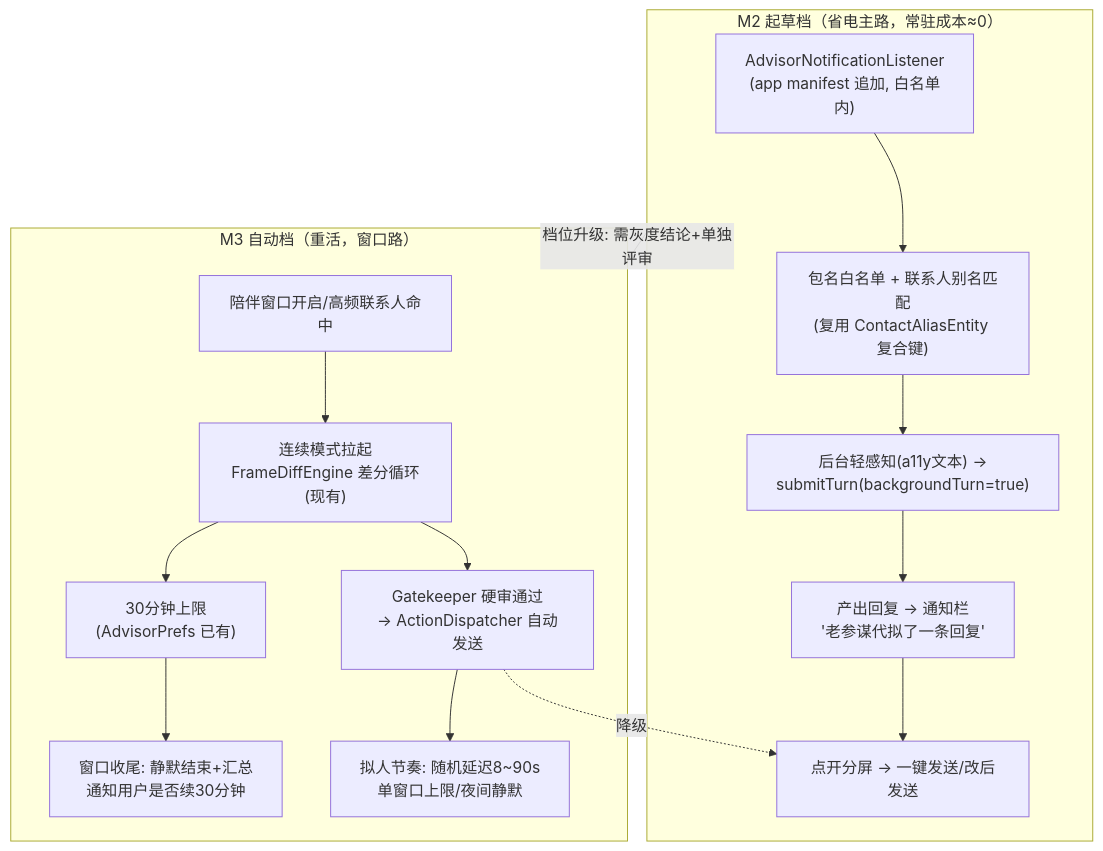
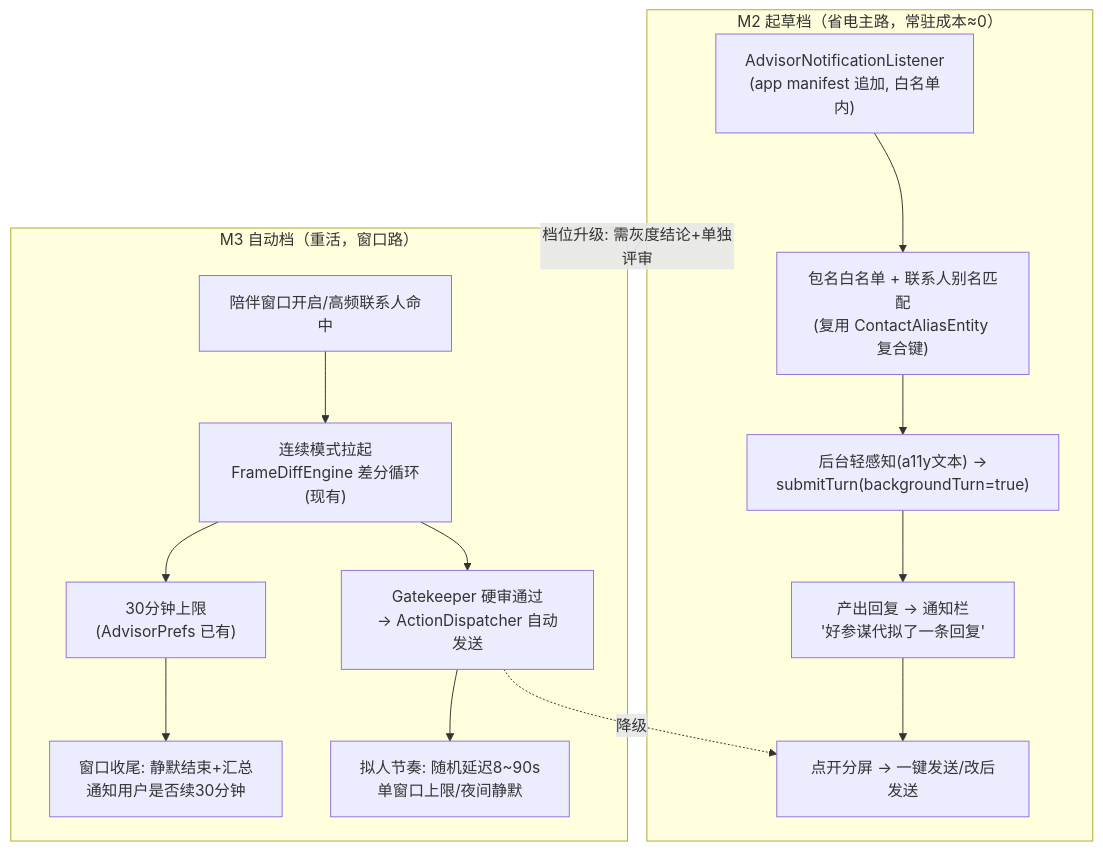
Before and after one commit to alwaysgot200/NovaBAIC: the sixth of 6 diagrams in docs/2026-10-18-多代理协作自动参谋方案.md, drawn with Mermaid. The commit also changed other lines of this file and 52 other files, not shown here.

````diff
--- a/docs/2026-10-18-多代理协作自动参谋方案.md
+++ b/docs/2026-10-18-多代理协作自动参谋方案.md
@@ -404,20 +404,20 @@
 ```mermaid
 flowchart TB
     subgraph M2["M2 起草档（省电主路，常驻成本≈0）"]
         N1["AdvisorNotificationListener<br/>(app manifest 追加, 白名单内)"] --> N2
         N2["包名白名单 + 联系人别名匹配<br/>(复用 ContactAliasEntity 复合键)"] --> N3
         N3["后台轻感知(a11y文本) →<br/>submitTurn(backgroundTurn=true)"] --> N4
-        N4["产出回复 → 通知栏<br/>'老参谋代拟了一条回复'"] --> N5
+        N4["产出回复 → 通知栏<br/>'好参谋代拟了一条回复'"] --> N5
         N5["点开分屏 → 一键发送/改后发送"]
     end
     subgraph M3["M3 自动档（重活，窗口路）"]
         W1["陪伴窗口开启/高频联系人命中"] --> W2
         W2["连续模式拉起<br/>FrameDiffEngine 差分循环(现有)"] --> W3
         W3["30分钟上限<br/>(AdvisorPrefs 已有)"] --> W4
         W4["窗口收尾: 静默结束+汇总<br/>通知用户是否续30分钟"]
         W5["Gatekeeper 硬审通过<br/>→ ActionDispatcher 自动发送"] -.降级.-> N5
         W2 --> W5
         W5 --> HUMAN["拟人节奏: 随机延迟8~90s<br/>单窗口上限/夜间静默"]
     end
     M2 -->|档位升级: 需灰度结论+单独评审| M3
 ```
````
